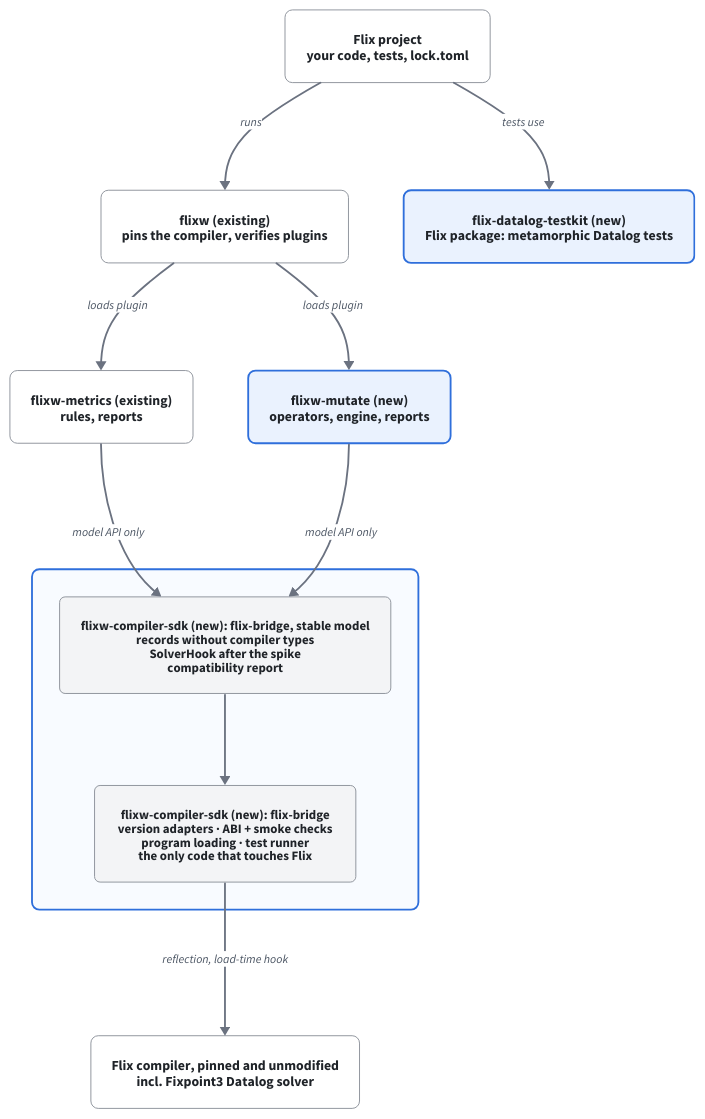
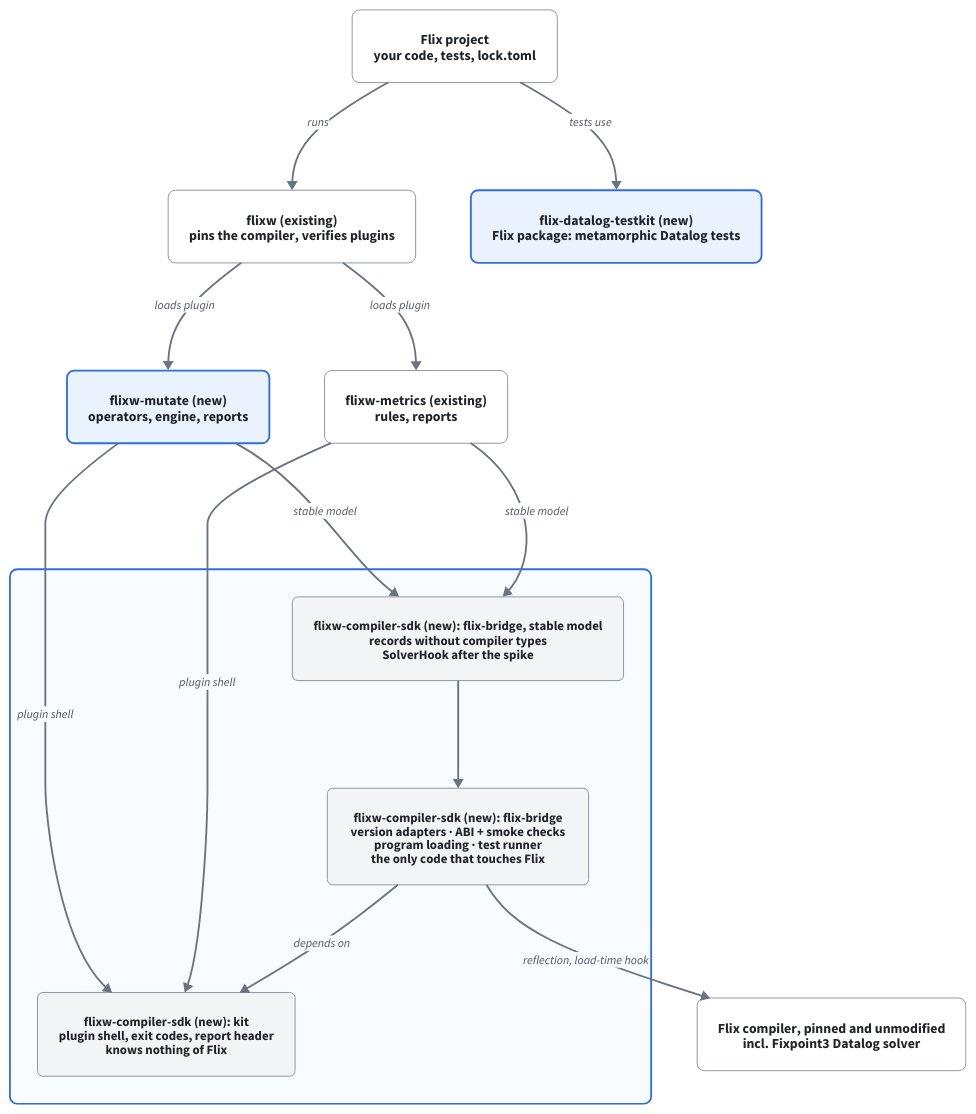
One commit to wstein/flixw-mutate changed the diagram in docs/design/diagrams/architecture.d2. Above: the diagram before and after it, drawn with D2. The commit also changed 1 other file, not shown here.

Commit message:
docs: show kit next to flix-bridge in the SDK boundaries and diagram source
The SVG is not re-rendered.

Refs #2

```diff
--- a/docs/design/diagrams/architecture.d2
+++ b/docs/design/diagrams/architecture.d2
@@ -1,70 +1,74 @@
 # Architecture: plugins reach the Flix compiler only through the shared SDK.
 # Rendered to ../figures/architecture.svg by scripts/docs.sh. Edit this file, not the SVG.
 # print-width: 580
 
 direction: down
 
 classes: {
   existing: {
     style: {
       fill: "#FFFFFF"
       stroke: "#8A8F98"
       stroke-width: 1
       border-radius: 8
       font-color: "#1F2328"
       font-size: 15
     }
   }
   new: {
     style: {
       fill: "#EAF2FE"
       stroke: "#2F6FDB"
       stroke-width: 2
       border-radius: 8
       font-color: "#1F2328"
       font-size: 15
     }
   }
   layer: {
     style: {
       fill: "#F3F4F6"
       stroke: "#8A8F98"
       stroke-width: 1
       border-radius: 6
       font-color: "#1F2328"
       font-size: 14
     }
   }
   flow: {
     style: {
       stroke: "#6B7280"
       stroke-width: 2
       font-color: "#4B5563"
       font-size: 13
     }
   }
 }
 
 project: "Flix project\nyour code, tests, lock.toml" {class: existing}
 flixw: "flixw (existing)\npins the compiler, verifies plugins" {class: existing}
 testkit: "flix-datalog-testkit (new)\nFlix package: metamorphic Datalog tests" {class: new}
 metrics: "flixw-metrics (existing)\nrules, reports" {class: existing}
 mutate: "flixw-mutate (new)\noperators, engine, reports" {class: new}
 
 sdk: "" {
   class: new
   style.fill: "#F8FBFF"
-  model: "flixw-compiler-sdk (new): flix-bridge, stable model\nrecords without compiler types\nSolverHook after the spike\ncompatibility report" {class: layer}
+  model: "flixw-compiler-sdk (new): flix-bridge, stable model\nrecords without compiler types\nSolverHook after the spike" {class: layer}
   layer: "flixw-compiler-sdk (new): flix-bridge\nversion adapters · ABI + smoke checks\nprogram loading · test runner\nthe only code that touches Flix" {class: layer}
+  kit: "flixw-compiler-sdk (new): kit\nplugin shell, exit codes, report header\nknows nothing of Flix" {class: layer}
   model -> layer: {class: flow}
+  layer -> kit: depends on {class: flow}
 }
 
 compiler: "Flix compiler, pinned and unmodified\nincl. Fixpoint3 Datalog solver" {class: existing}
 
 project -> flixw: runs {class: flow}
 project -> testkit: tests use {class: flow}
 flixw -> metrics: loads plugin {class: flow}
 flixw -> mutate: loads plugin {class: flow}
-metrics -> sdk.model: model API only {class: flow}
-mutate -> sdk.model: model API only {class: flow}
+metrics -> sdk.model: stable model {class: flow}
+mutate -> sdk.model: stable model {class: flow}
+metrics -> sdk.kit: plugin shell {class: flow}
+mutate -> sdk.kit: plugin shell {class: flow}
 sdk.layer -> compiler: reflection, load-time hook {class: flow}
```
